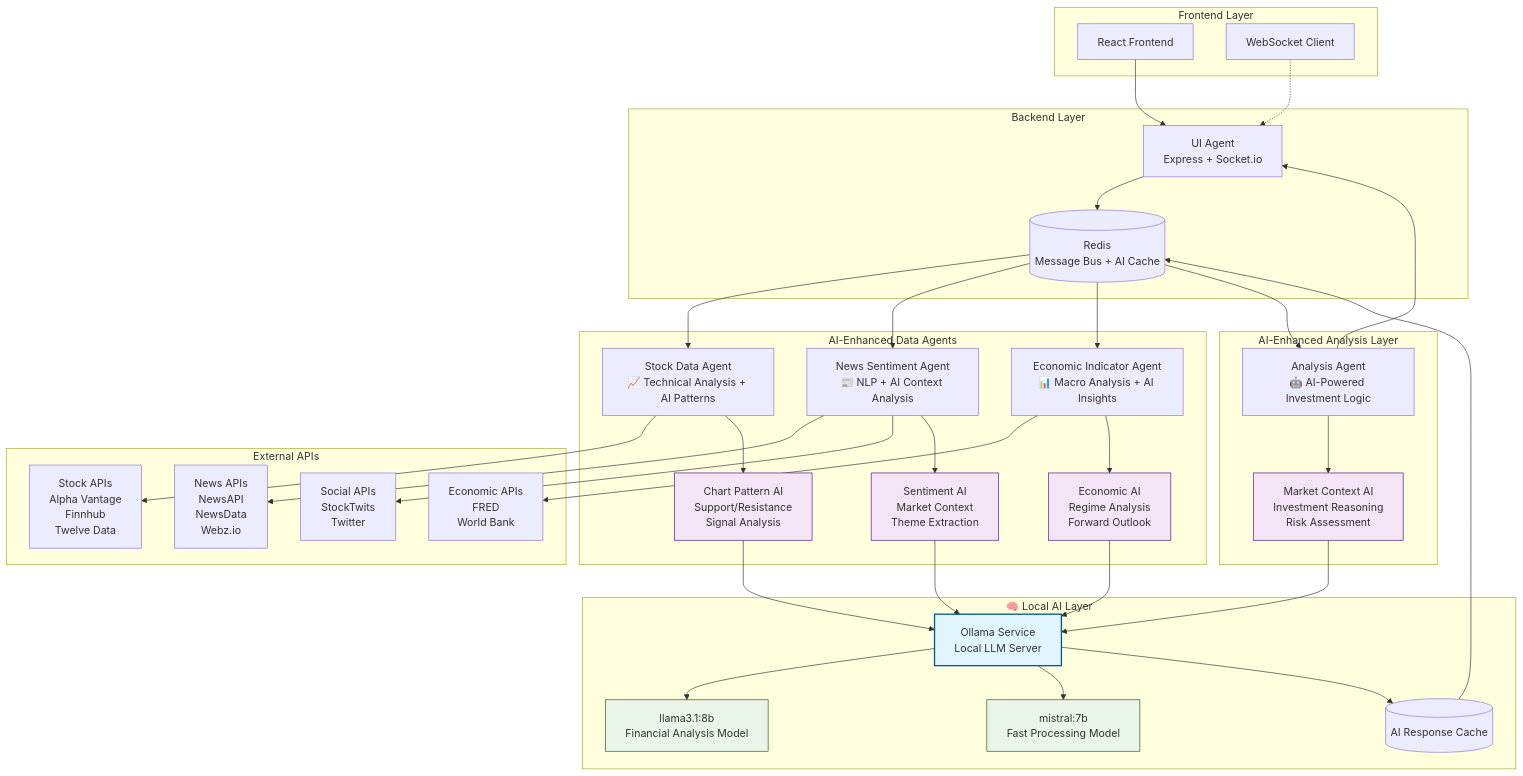
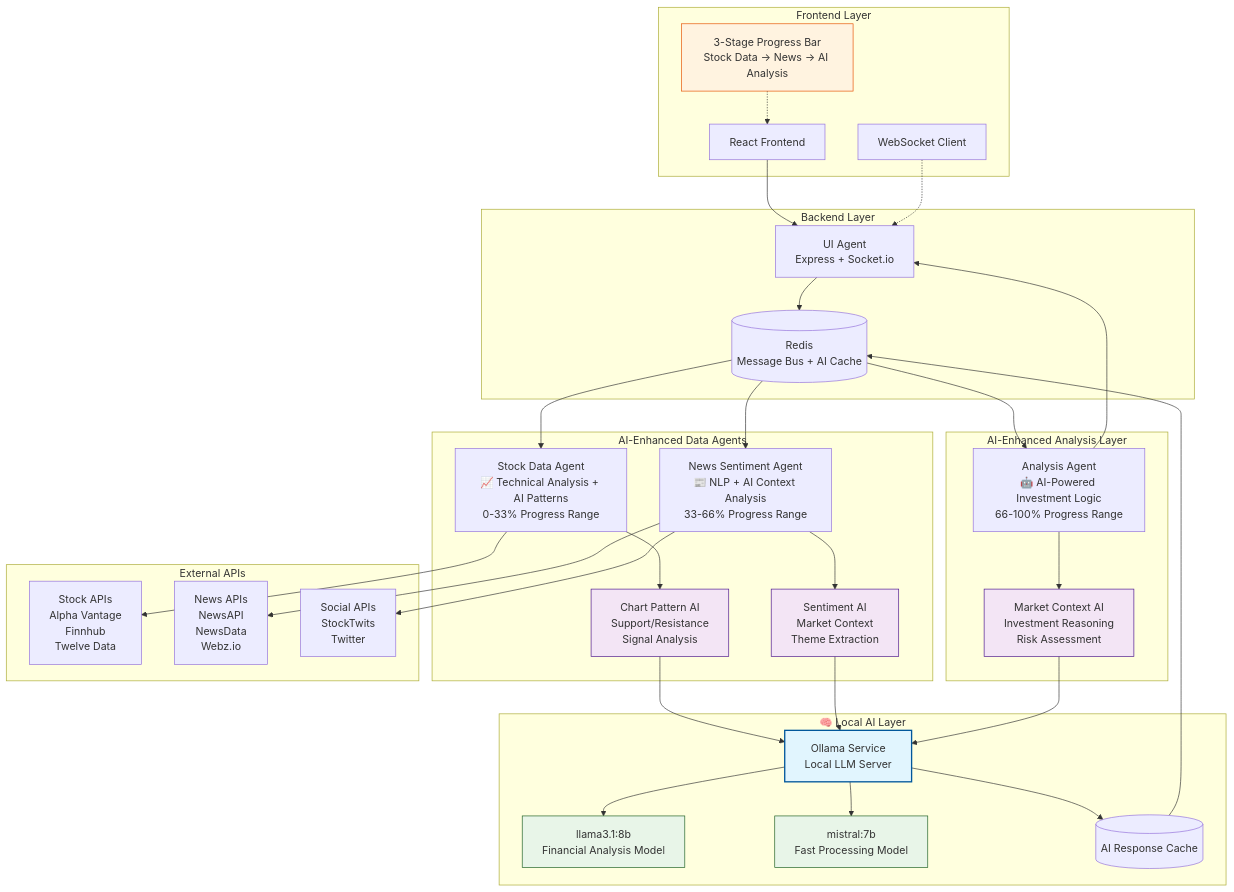
Before and after one commit to iamsudhanshu/stock-analyzer: the first of 4 diagrams in README.md, drawn with Mermaid. The commit also changed other lines of this file, not shown here.

First line of the commit message:
docs: Comprehensive README.md update reflecting current architecture

````diff
--- a/README.md
+++ b/README.md
@@ -43,80 +41,73 @@
 ```mermaid
 graph TB
     subgraph "Frontend Layer"
         UI[React Frontend]
         WS[WebSocket Client]
+        Progress[3-Stage Progress Bar<br/>Stock Data → News → AI Analysis]
     end
     
     subgraph "Backend Layer"
         UIAgent[UI Agent<br/>Express + Socket.io]
         Redis[(Redis<br/>Message Bus + AI Cache)]
     end
     
     subgraph "🧠 Local AI Layer"
         Ollama[Ollama Service<br/>Local LLM Server]
         LLaMA[llama3.1:8b<br/>Financial Analysis Model]
         Mistral[mistral:7b<br/>Fast Processing Model]
         AICache[(AI Response Cache)]
     end
     
     subgraph "AI-Enhanced Analysis Layer"
-        AnalysisAgent[Analysis Agent<br/>🤖 AI-Powered Investment Logic]
+        AnalysisAgent[Analysis Agent<br/>🤖 AI-Powered Investment Logic<br/>66-100% Progress Range]
         AIAnalysis[Market Context AI<br/>Investment Reasoning<br/>Risk Assessment]
     end
     
     subgraph "AI-Enhanced Data Agents"
-        StockAgent[Stock Data Agent<br/>📈 Technical Analysis + AI Patterns]
+        StockAgent[Stock Data Agent<br/>📈 Technical Analysis + AI Patterns<br/>0-33% Progress Range]
         StockAI[Chart Pattern AI<br/>Support/Resistance<br/>Signal Analysis]
         
-        NewsAgent[News Sentiment Agent<br/>📰 NLP + AI Context Analysis]
+        NewsAgent[News Sentiment Agent<br/>📰 NLP + AI Context Analysis<br/>33-66% Progress Range]
         NewsAI[Sentiment AI<br/>Market Context<br/>Theme Extraction]
-        
-        EconAgent[Economic Indicator Agent<br/>📊 Macro Analysis + AI Insights]
-        EconAI[Economic AI<br/>Regime Analysis<br/>Forward Outlook]
     end
     
     subgraph "External APIs"
         StockAPIs[Stock APIs<br/>Alpha Vantage<br/>Finnhub<br/>Twelve Data]
         NewsAPIs[News APIs<br/>NewsAPI<br/>NewsData<br/>Webz.io]
-        EconAPIs[Economic APIs<br/>FRED<br/>World Bank]
         SocialAPIs[Social APIs<br/>StockTwits<br/>Twitter]
     end
     
     UI --> UIAgent
     WS -.-> UIAgent
+    Progress -.-> UI
     UIAgent --> Redis
     Redis --> StockAgent
     Redis --> NewsAgent
-    Redis --> EconAgent
     Redis --> AnalysisAgent
     
     StockAgent --> StockAPIs
     StockAgent --> StockAI
     StockAI --> Ollama
     
     NewsAgent --> NewsAPIs
     NewsAgent --> SocialAPIs
     NewsAgent --> NewsAI
     NewsAI --> Ollama
-    
-    EconAgent --> EconAPIs
-    EconAgent --> EconAI
-    EconAI --> Ollama
     
     AnalysisAgent --> AIAnalysis
     AIAnalysis --> Ollama
     AnalysisAgent --> UIAgent
     
     Ollama --> LLaMA
     Ollama --> Mistral
     Ollama --> AICache
     AICache --> Redis
     
     style Ollama fill:#e1f5fe,stroke:#01579b,stroke-width:2px
     style StockAI fill:#f3e5f5,stroke:#4a148c
     style NewsAI fill:#f3e5f5,stroke:#4a148c
-    style EconAI fill:#f3e5f5,stroke:#4a148c
     style AIAnalysis fill:#f3e5f5,stroke:#4a148c
     style LLaMA fill:#e8f5e8,stroke:#1b5e20
     style Mistral fill:#e8f5e8,stroke:#1b5e20
+    style Progress fill:#fff3e0,stroke:#e65100
 ```
````
